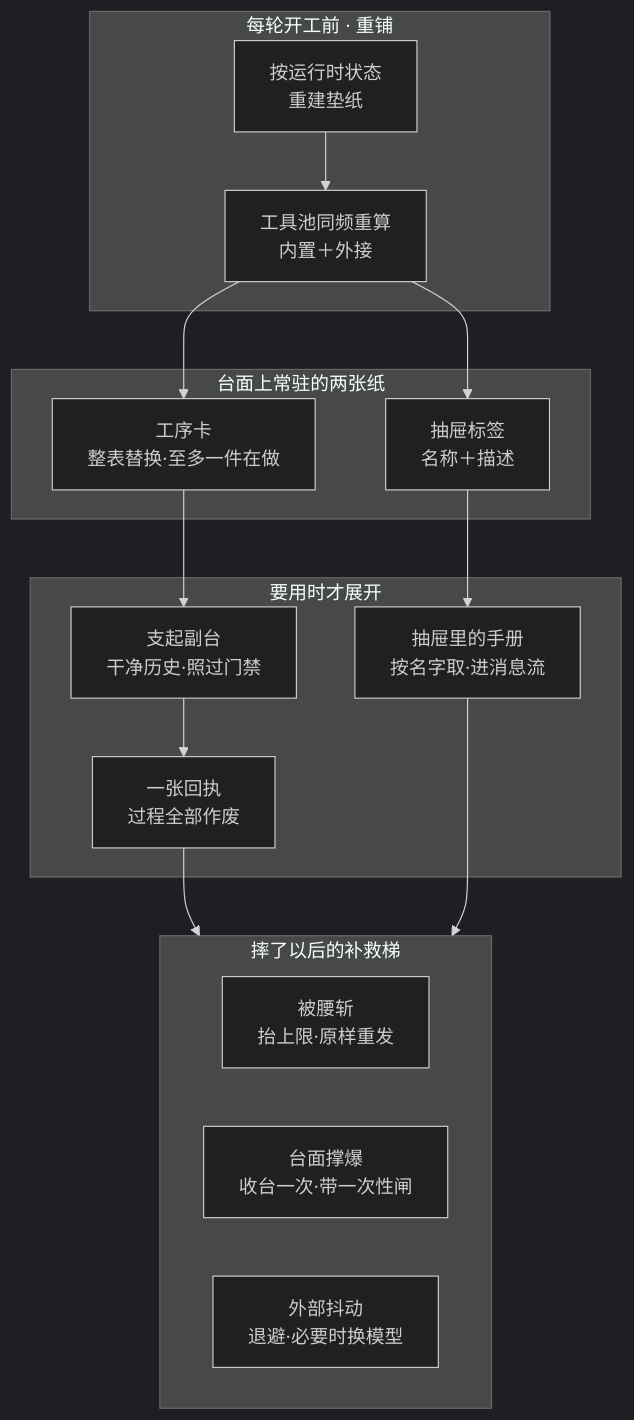
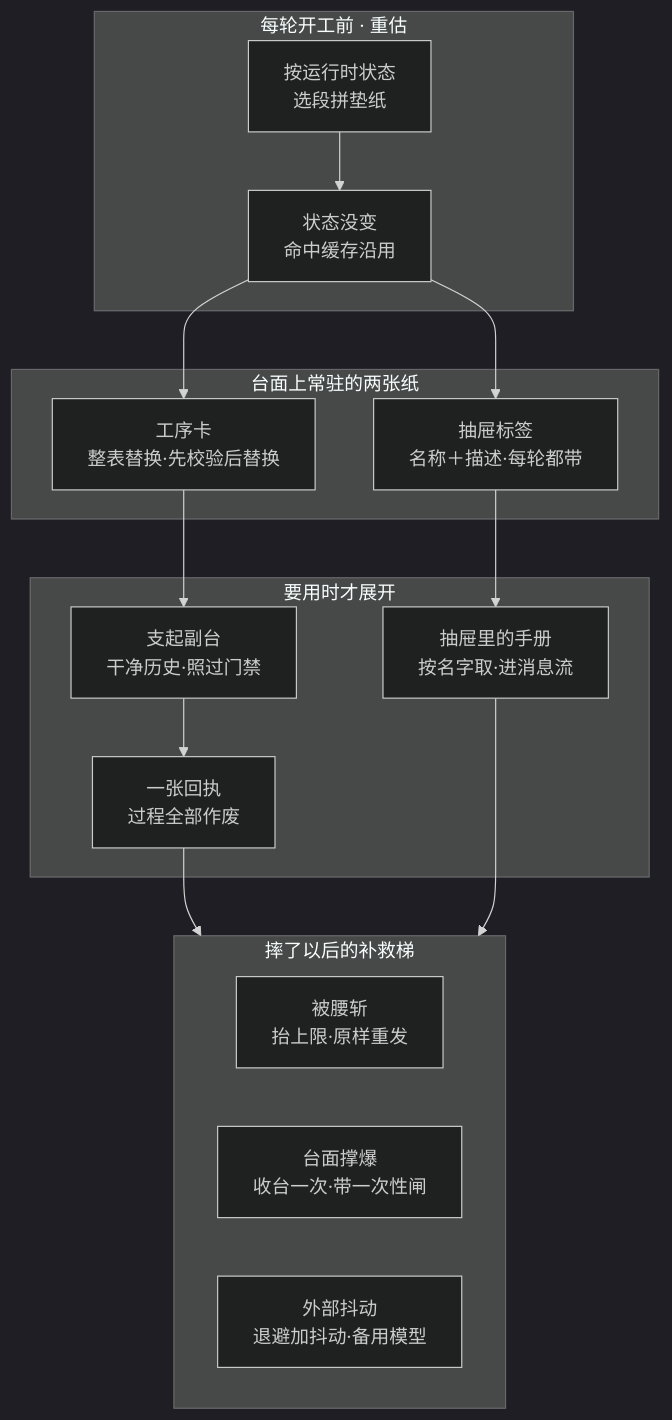
The diagram in docs/assets/mermaid/agent-harness/claude-code-planning--planning-panorama.mmd (ThreeFish-AI/negentropy), drawn with Mermaid (dark theme) before and after one commit. The commit also changed 23 other files, not shown here.

```diff
--- a/docs/assets/mermaid/agent-harness/claude-code-planning--planning-panorama.mmd
+++ b/docs/assets/mermaid/agent-harness/claude-code-planning--planning-panorama.mmd
@@ -1,29 +1,29 @@
 %% source: docs/research/agent-harness/172-claude-code-planning-coordination.md §2
 %% slug: claude-code-planning--planning-panorama
 %% type: workflow
 %% derived: docs/assets/architecture/agent-harness/claude-code-planning--planning-panorama.html
 flowchart TD
-    subgraph S1["每轮开工前 · 重铺"]
-        A1["按运行时状态<br/>重建垫纸"] --> A2["工具池同频重算<br/>内置＋外接"]
+    subgraph S1["每轮开工前 · 重估"]
+        A1["按运行时状态<br/>选段拼垫纸"] --> A2["状态没变<br/>命中缓存沿用"]
     end
     subgraph S2["台面上常驻的两张纸"]
-        B1["工序卡<br/>整表替换·至多一件在做"]
-        B2["抽屉标签<br/>名称＋描述"]
+        B1["工序卡<br/>整表替换·先校验后替换"]
+        B2["抽屉标签<br/>名称＋描述·每轮都带"]
     end
     subgraph S3["要用时才展开"]
         C1["抽屉里的手册<br/>按名字取·进消息流"]
         C2["支起副台<br/>干净历史·照过门禁"]
         C3["一张回执<br/>过程全部作废"]
     end
     subgraph S4["摔了以后的补救梯"]
         D1["被腰斩<br/>抬上限·原样重发"]
         D2["台面撑爆<br/>收台一次·带一次性闸"]
-        D3["外部抖动<br/>退避·必要时换模型"]
+        D3["外部抖动<br/>退避加抖动·备用模型"]
     end
     A2 --> B1
     A2 --> B2
     B2 --> C1
     B1 --> C2
     C2 --> C3
     C3 --> S4
     C1 --> S4
```
